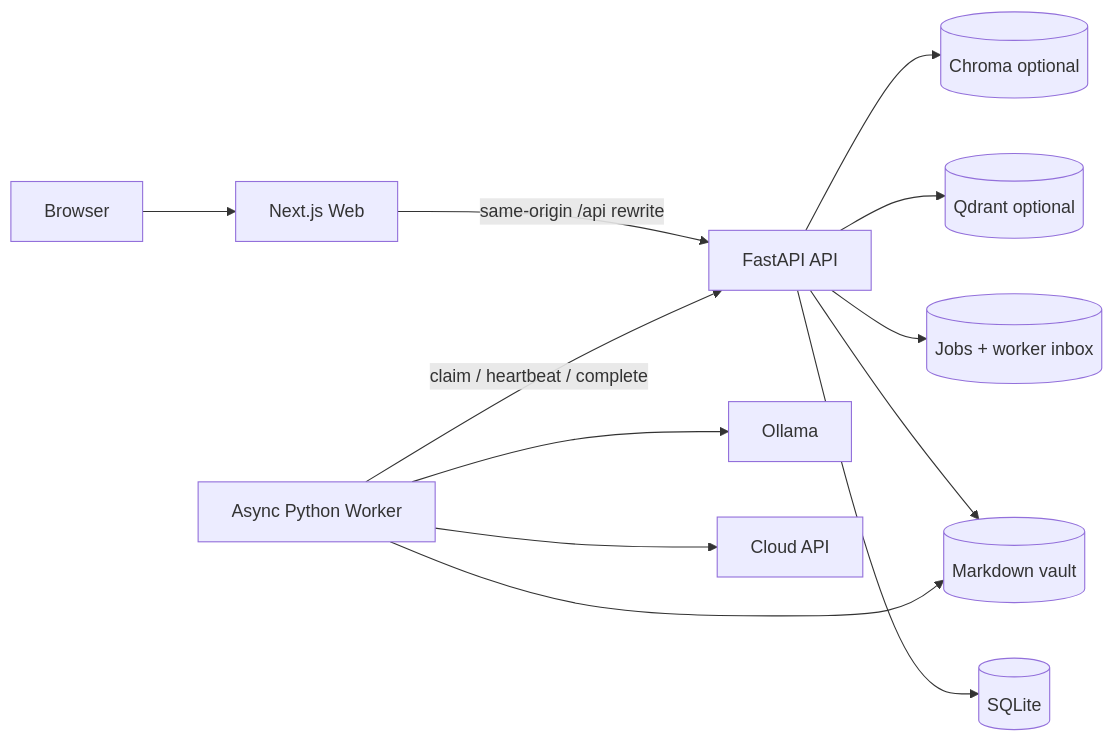
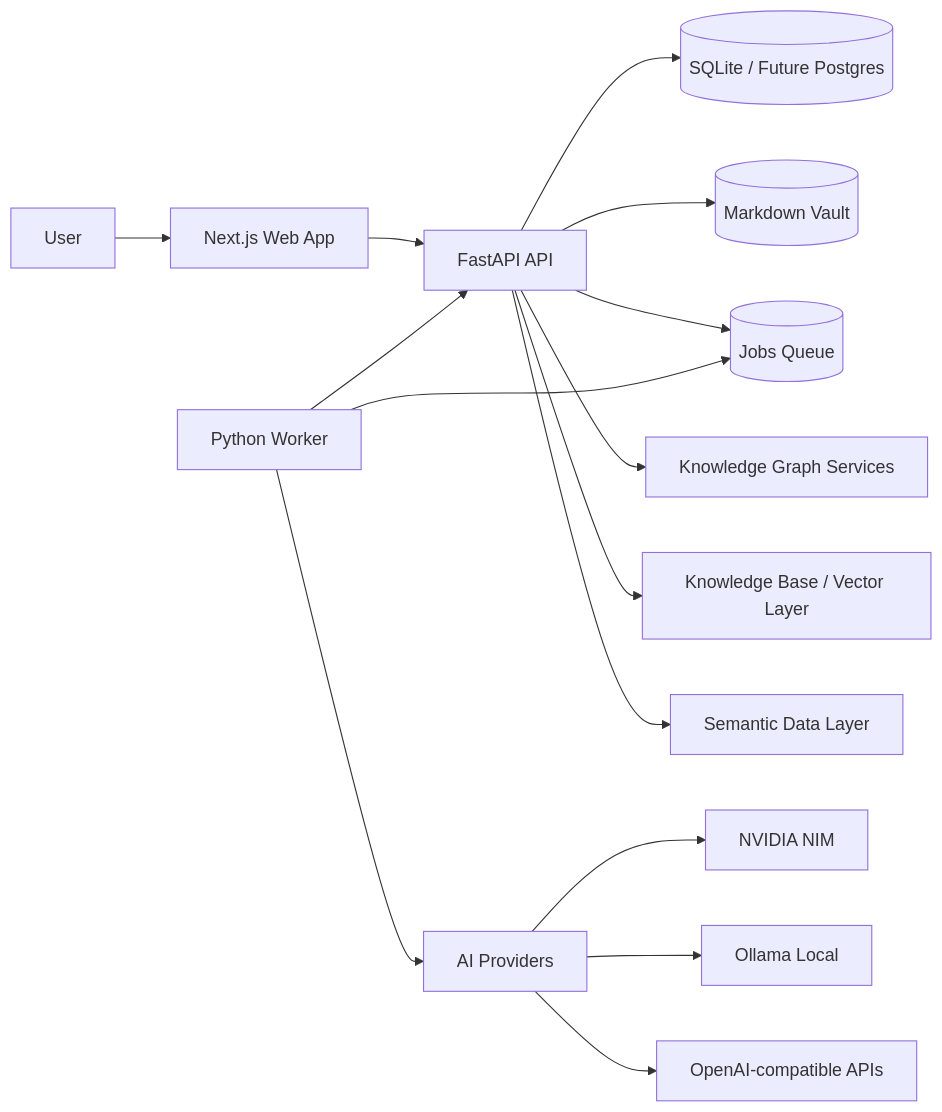
Before and after one commit to imsouza/berrybrain: the first of 6 diagrams in README.md, drawn with Mermaid. The commit also changed other lines of this file and 160 other files, not shown here.

````diff
--- a/README.md
+++ b/README.md
@@ -200,14 +138,17 @@
 ```mermaid
 flowchart LR
-  Browser --> Web[Next.js Web]
-  Web -->|same-origin /api rewrite| API[FastAPI API]
-  API --> DB[(SQLite)]
-  API --> Vault[(Markdown vault)]
-  API --> Jobs[(Jobs + worker inbox)]
-  Worker[Async Python Worker] -->|claim / heartbeat / complete| API
-  Worker --> Vault
-  Worker --> Local[Ollama]
-  Worker --> Cloud[Cloud API]
-  API --> Qdrant[(Qdrant optional)]
-  API --> Chroma[(Chroma optional)]
+  User[User] --> Web[Next.js Web App]
+  Web --> API[FastAPI API]
+  API --> DB[(SQLite / Future Postgres)]
+  API --> Vault[(Markdown Vault)]
+  API --> Jobs[(Jobs Queue)]
+  Worker[Python Worker] --> Jobs
+  Worker --> API
+  Worker --> Providers[AI Providers]
+  Providers --> NIM[NVIDIA NIM]
+  Providers --> Ollama[Ollama Local]
+  Providers --> Other[OpenAI-compatible APIs]
+  API --> Graph[Knowledge Graph Services]
+  API --> KB[Knowledge Base / Vector Layer]
+  API --> SDL[Semantic Data Layer]
 ```
````
